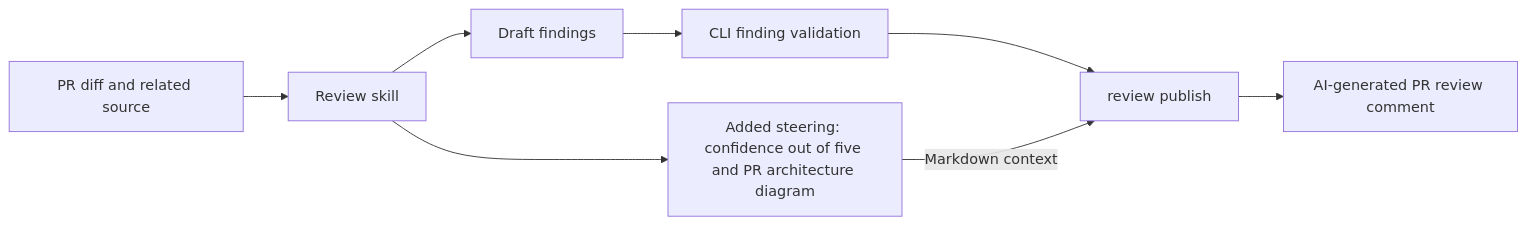
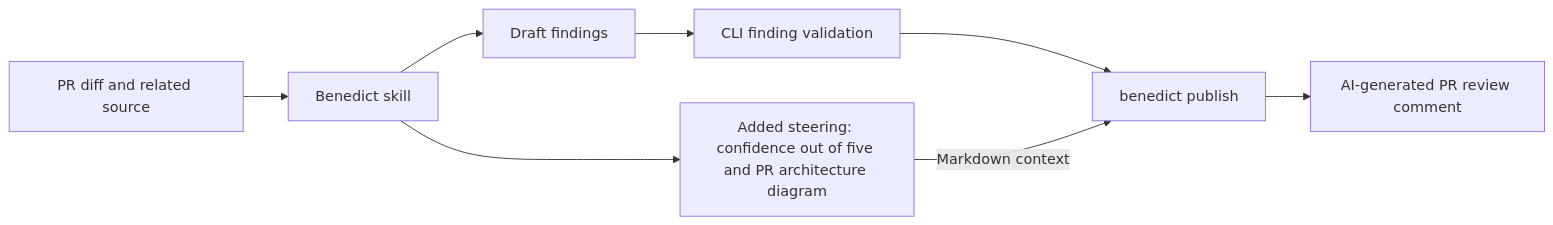
Before and after one commit to josh-borseth-fp-ai/benedict: the diagram in README.md, drawn with Mermaid. The commit also changed other lines of this file and 34 other files, not shown here.

````diff
--- a/README.md
+++ b/README.md
@@ -37,10 +39,10 @@
 ```mermaid
 flowchart LR
-    D["PR diff and related source"] --> S["Review skill"]
+    D["PR diff and related source"] --> S["Benedict skill"]
     S --> F["Draft findings"]
     F --> V["CLI finding validation"]
     S --> C["Added steering: confidence out of five and PR architecture diagram"]
-    V --> P["review publish"]
+    V --> P["benedict publish"]
     C -->|"Markdown context"| P
     P --> G["AI-generated PR review comment"]
 ```
````
